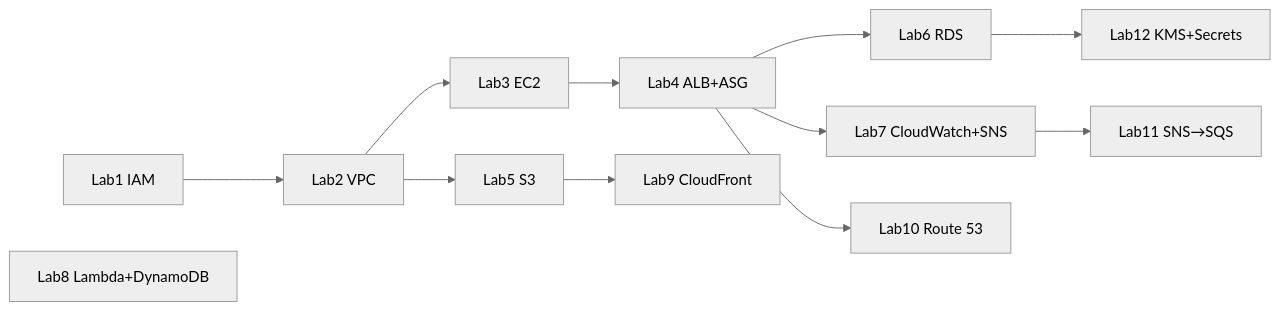
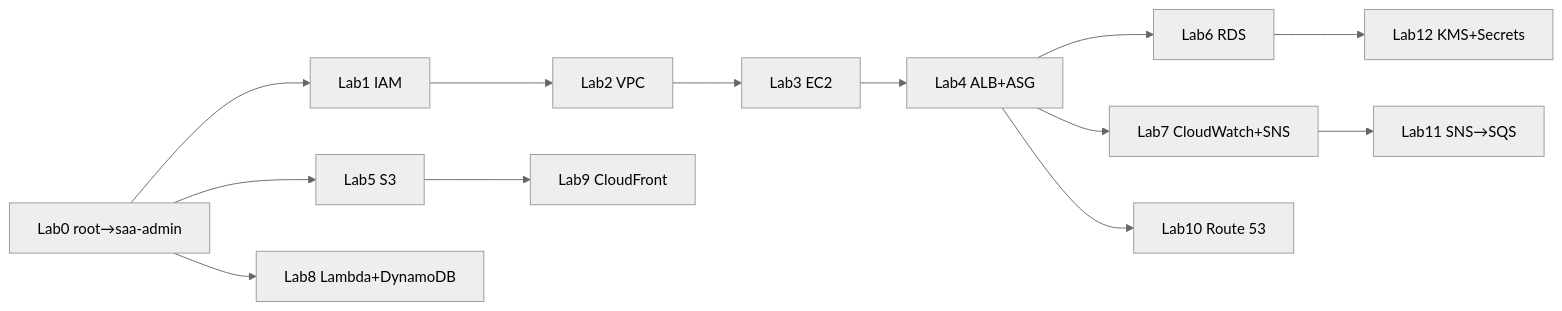
One commit to ChunPingWang/aws-saa-preparation changed the first of 2 diagrams in README.md. Above: the diagram before and after it, drawn with Mermaid (neutral theme). The commit also changed other lines of this file, not shown here.

Commit message:
v2: README — identity per lab, full step explanations, IAM password/login, CIDR & Regional/Zonal, resource map, practical extensions

````diff
--- a/README.md
+++ b/README.md
@@ -59,10 +77,10 @@
 ```mermaid
 flowchart LR
-  A[Lab1 IAM] --> B[Lab2 VPC] --> C[Lab3 EC2] --> D[Lab4 ALB+ASG]
+  Z[Lab0 root→saa-admin] --> A[Lab1 IAM] --> B[Lab2 VPC] --> C[Lab3 EC2] --> D[Lab4 ALB+ASG]
   D --> E[Lab6 RDS]
   D --> G[Lab7 CloudWatch+SNS] --> K[Lab11 SNS→SQS]
-  B --> F[Lab5 S3] --> I[Lab9 CloudFront]
+  Z --> F[Lab5 S3] --> I[Lab9 CloudFront]
   D --> J[Lab10 Route 53]
-  H[Lab8 Lambda+DynamoDB]
+  Z --> H[Lab8 Lambda+DynamoDB]
   E --> L[Lab12 KMS+Secrets]
 ```
````
